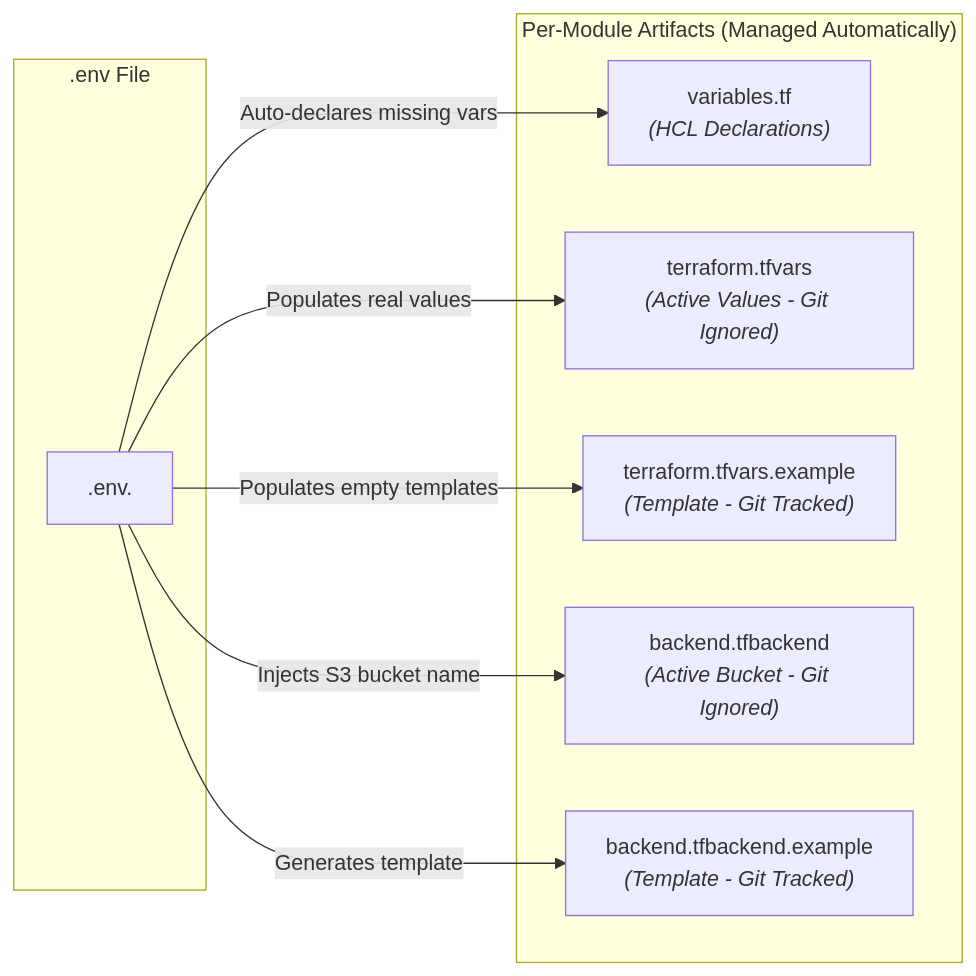
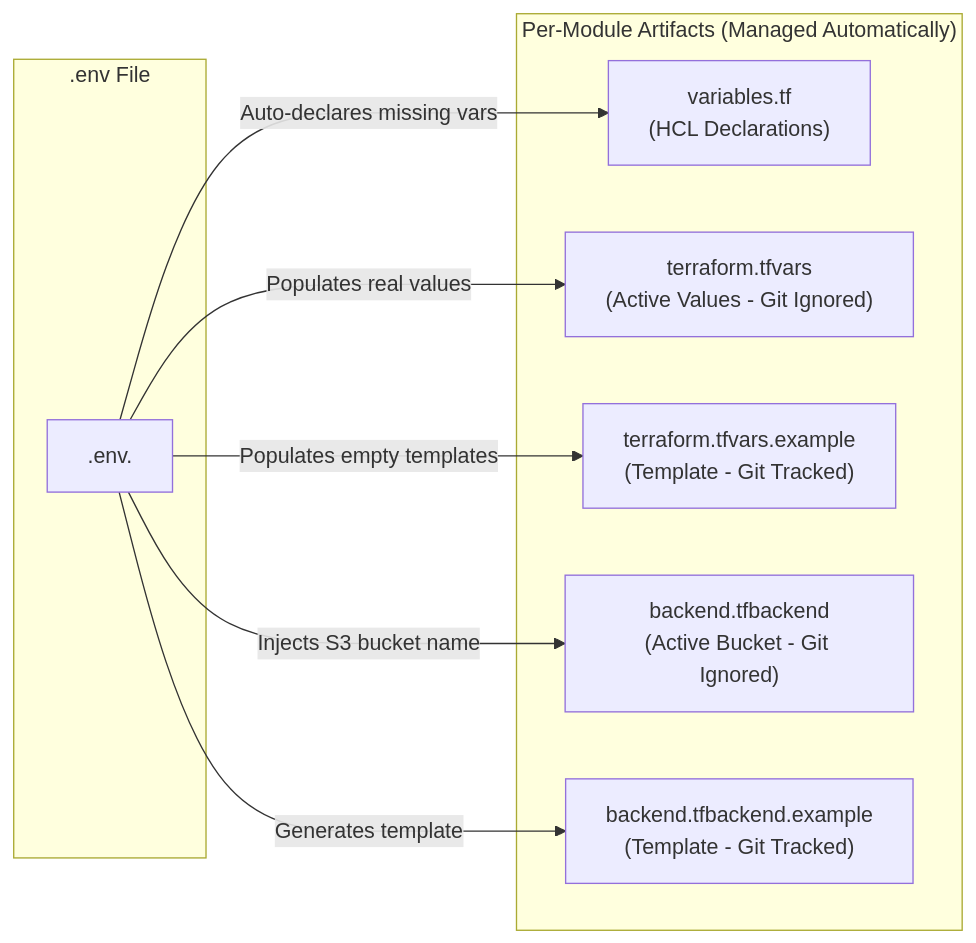
The third of 3 diagrams in docs/architecture/env_sync.md (Beep1608/cleanmybelly), drawn with Mermaid before and after one commit. The commit also changed other lines of this file and 2 other files, not shown here.

````diff
--- a/docs/architecture/env_sync.md
+++ b/docs/architecture/env_sync.md
@@ -199,20 +199,20 @@
 ```mermaid
 graph LR
     subgraph SourceOfTruth [".env File"]
         ENV[".env.<scope>"]
     end
 
     subgraph GeneratedArtifacts ["Per-Module Artifacts (Managed Automatically)"]
-        VARTF["variables.tf<br><i>(HCL Declarations)</i>"]
-        TFVARS["terraform.tfvars<br><i>(Active Values - Git Ignored)</i>"]
-        TFEX["terraform.tfvars.example<br><i>(Template - Git Tracked)</i>"]
-        BE["backend.tfbackend<br><i>(Active Bucket - Git Ignored)</i>"]
-        BEEX["backend.tfbackend.example<br><i>(Template - Git Tracked)</i>"]
+        VARTF["variables.tf<br>(HCL Declarations)"]
+        TFVARS["terraform.tfvars<br>(Active Values - Git Ignored)"]
+        TFEX["terraform.tfvars.example<br>(Template - Git Tracked)"]
+        BE["backend.tfbackend<br>(Active Bucket - Git Ignored)"]
+        BEEX["backend.tfbackend.example<br>(Template - Git Tracked)"]
     end
 
     ENV -->|"Auto-declares missing vars"| VARTF
     ENV -->|"Populates real values"| TFVARS
     ENV -->|"Populates empty templates"| TFEX
     ENV -->|"Injects S3 bucket name"| BE
     ENV -->|"Generates template"| BEEX
 ```
````
